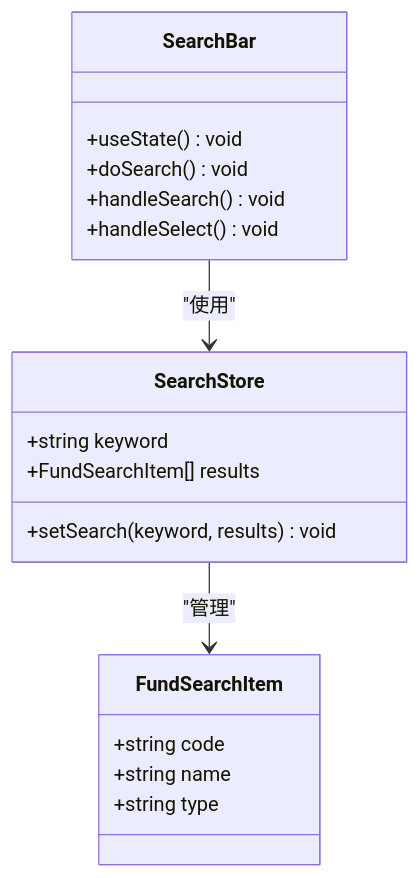
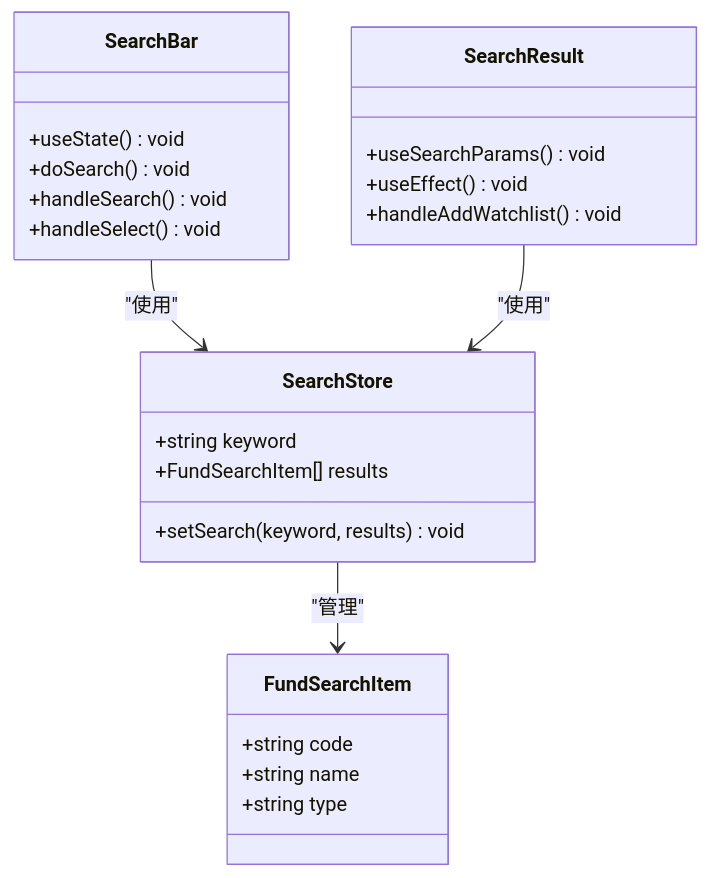
One commit to gree-coder/fund-butler changed the fourth of 8 diagrams in .qoder/repowiki/zh/content/核心功能开发/搜索功能优化.md. Above: the diagram before and after it, drawn with Mermaid. The commit also changed other lines of this file and 11 other files, not shown here.

````diff
--- a/.qoder/repowiki/zh/content/核心功能开发/搜索功能优化.md
+++ b/.qoder/repowiki/zh/content/核心功能开发/搜索功能优化.md
@@ -169,21 +188,27 @@
 ```mermaid
 classDiagram
 class SearchStore {
 +string keyword
 +FundSearchItem[] results
 +setSearch(keyword, results) void
 }
 class FundSearchItem {
 +string code
 +string name
 +string type
 }
 class SearchBar {
 +useState() void
 +doSearch() void
 +handleSearch() void
 +handleSelect() void
 }
+class SearchResult {
++useSearchParams() void
++useEffect() void
++handleAddWatchlist() void
+}
 SearchStore --> FundSearchItem : "管理"
 SearchBar --> SearchStore : "使用"
+SearchResult --> SearchStore : "使用"
 ```
````
